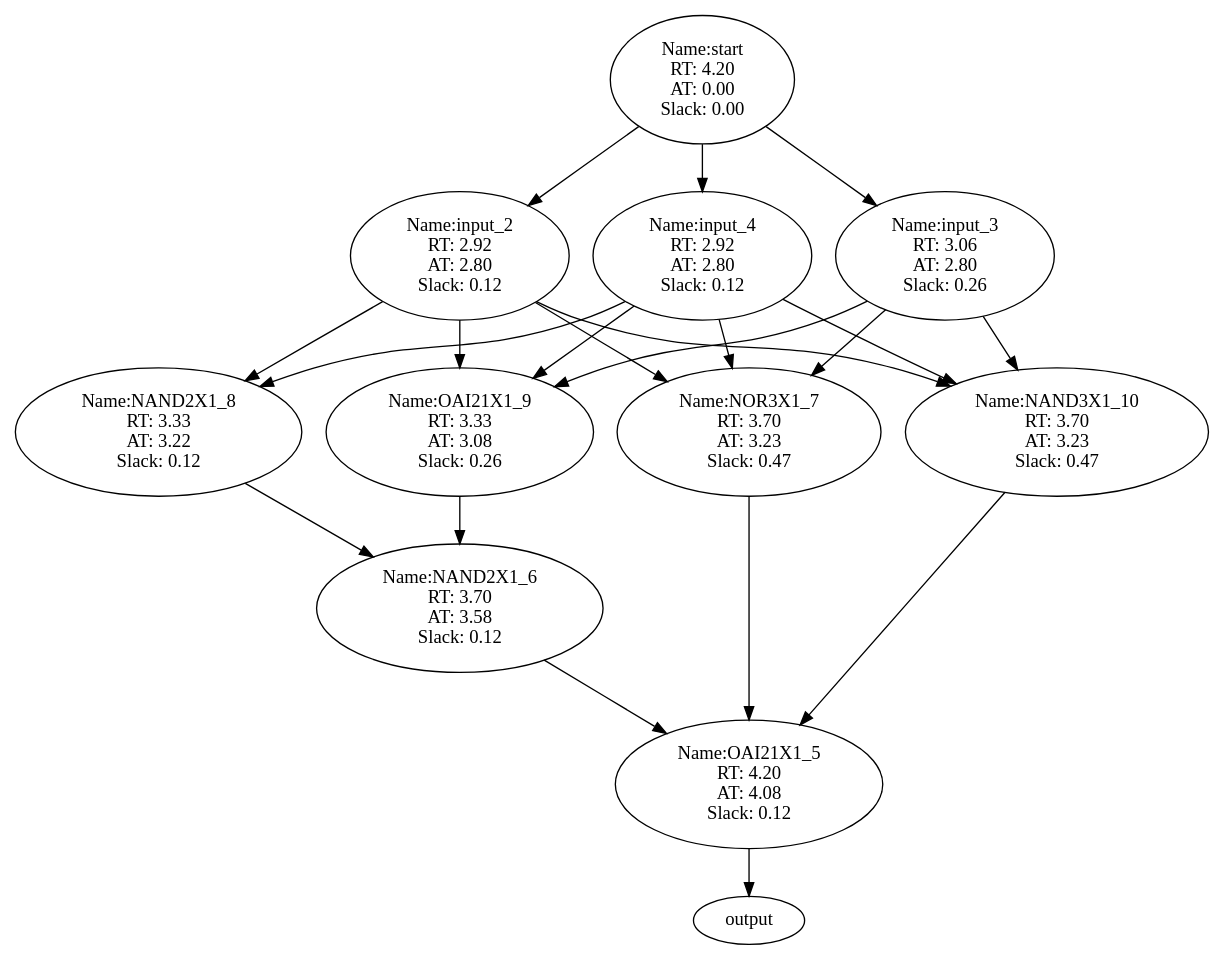
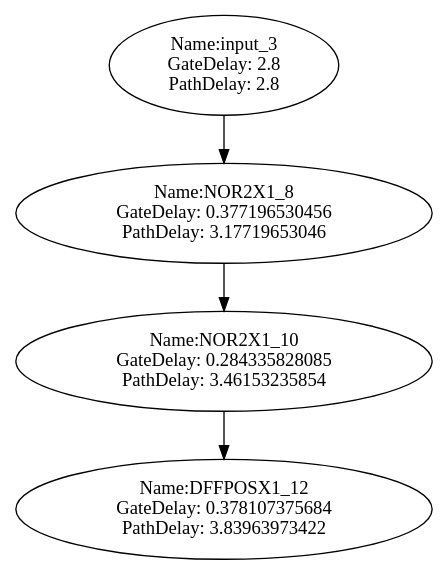
The diagram in graph.gv (a-ewais/circuit-timing-analyser), drawn with Graphviz before and after one commit. The commit also changed 3 other files, not shown here.

```diff
--- a/graph.gv
+++ b/graph.gv
@@ -1,32 +1,9 @@
 digraph G {
-start [label="Name:start\nRT: 4.20\nAT: 0.00\nSlack: 0.00"];
-start -> input_2;
-start -> input_3;
-start -> input_4;
-input_2 [label="Name:input_2\nRT: 2.92\nAT: 2.80\nSlack: 0.12"];
-input_2 -> NAND3X1_10;
-input_2 -> OAI21X1_9;
-input_2 -> NAND2X1_8;
-input_2 -> NOR3X1_7;
-input_3 [label="Name:input_3\nRT: 3.06\nAT: 2.80\nSlack: 0.26"];
-input_3 -> NAND3X1_10;
-input_3 -> OAI21X1_9;
-input_3 -> NOR3X1_7;
-input_4 [label="Name:input_4\nRT: 2.92\nAT: 2.80\nSlack: 0.12"];
-input_4 -> NAND3X1_10;
-input_4 -> OAI21X1_9;
-input_4 -> NAND2X1_8;
-input_4 -> NOR3X1_7;
-OAI21X1_5 [label="Name:OAI21X1_5\nRT: 4.20\nAT: 4.08\nSlack: 0.12"];
-OAI21X1_5 -> output;
-NAND2X1_6 [label="Name:NAND2X1_6\nRT: 3.70\nAT: 3.58\nSlack: 0.12"];
-NAND2X1_6 -> OAI21X1_5;
-NOR3X1_7 [label="Name:NOR3X1_7\nRT: 3.70\nAT: 3.23\nSlack: 0.47"];
-NOR3X1_7 -> OAI21X1_5;
-NAND2X1_8 [label="Name:NAND2X1_8\nRT: 3.33\nAT: 3.22\nSlack: 0.12"];
-NAND2X1_8 -> NAND2X1_6;
-OAI21X1_9 [label="Name:OAI21X1_9\nRT: 3.33\nAT: 3.08\nSlack: 0.26"];
-OAI21X1_9 -> NAND2X1_6;
-NAND3X1_10 [label="Name:NAND3X1_10\nRT: 3.70\nAT: 3.23\nSlack: 0.47"];
-NAND3X1_10 -> OAI21X1_5;
+input_3 [label="Name:input_3\nGateDelay: 2.8\nPathDelay: 2.8"];
+input_3 -> NOR2X1_8;
+NOR2X1_8 [label="Name:NOR2X1_8\nGateDelay: 0.377196530456\nPathDelay: 3.17719653046"];
+NOR2X1_8 -> NOR2X1_10;
+NOR2X1_10 [label="Name:NOR2X1_10\nGateDelay: 0.284335828085\nPathDelay: 3.46153235854"];
+NOR2X1_10 -> DFFPOSX1_12;
+DFFPOSX1_12 [label="Name:DFFPOSX1_12\nGateDelay: 0.378107375684\nPathDelay: 3.83963973422"];
 }
```
